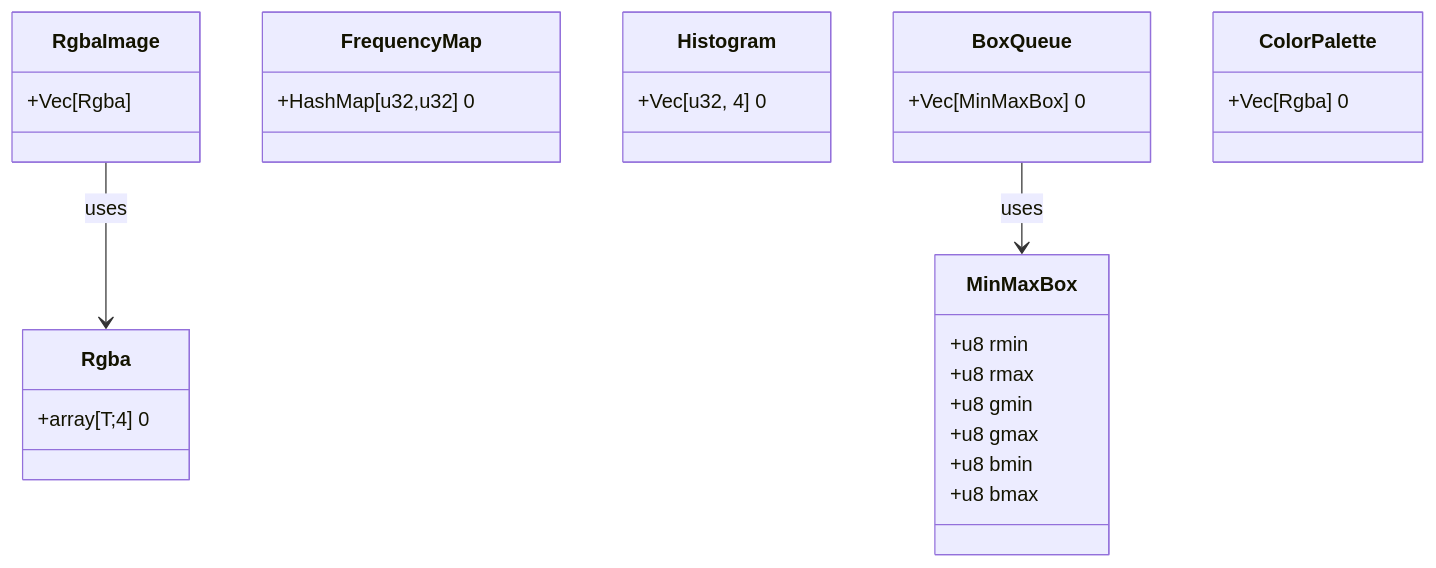
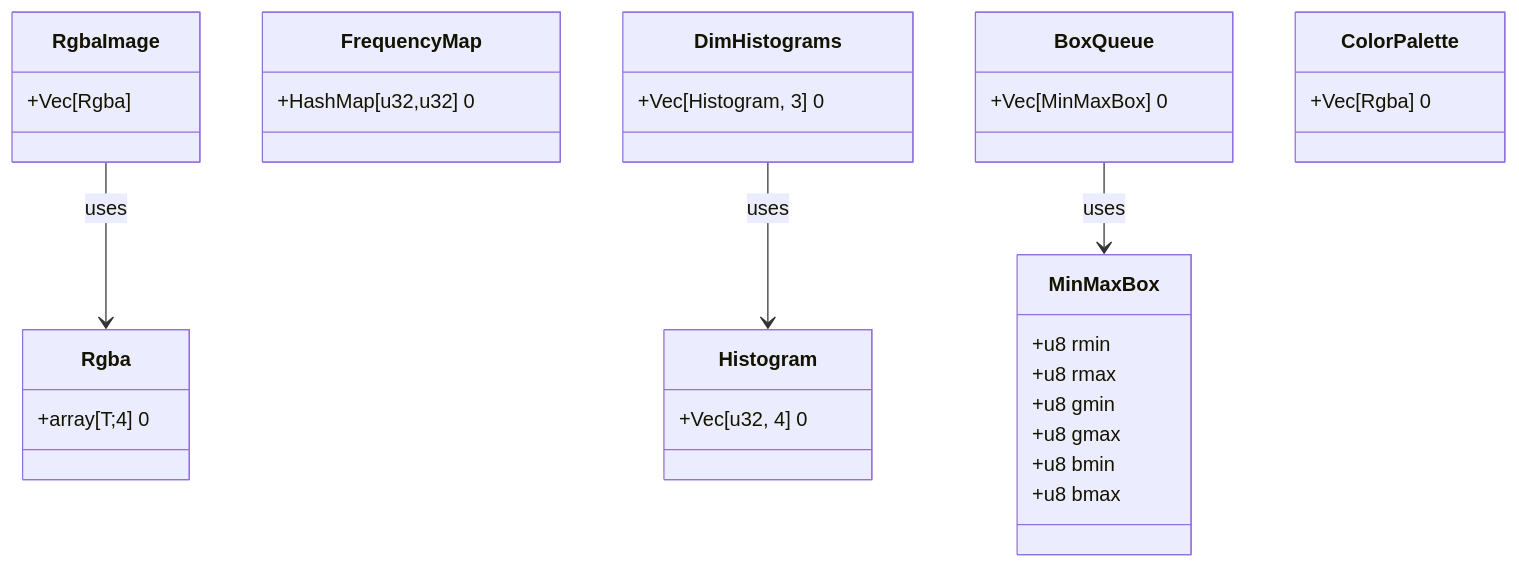
One commit to nedsantiago/color-thief-rs changed the first of 2 diagrams in README.md. Above: the diagram before and after it, drawn with Mermaid. The commit also changed 3 other files, not shown here.

````diff
--- a/README.md
+++ b/README.md
@@ -21,31 +21,35 @@
 ```mermaid
 classDiagram
     class Rgba {
         +array[T;4] 0
     }
     class RgbaImage {
         +Vec[Rgba]
     }
     class MinMaxBox {
         +u8 rmin
         +u8 rmax
         +u8 gmin
         +u8 gmax
         +u8 bmin
         +u8 bmax
     }
     class FrequencyMap {
         +HashMap[u32,u32] 0
     }
+    class DimHistograms {
+        +Vec[Histogram, 3] 0
+    }
     class Histogram {
         +Vec[u32, 4] 0
     }
     class BoxQueue {
         +Vec[MinMaxBox] 0
     }
     class ColorPalette {
         +Vec[Rgba] 0
     }
     BoxQueue --> MinMaxBox: uses
     RgbaImage --> Rgba: uses
+    DimHistograms --> Histogram: uses
 ```
````
